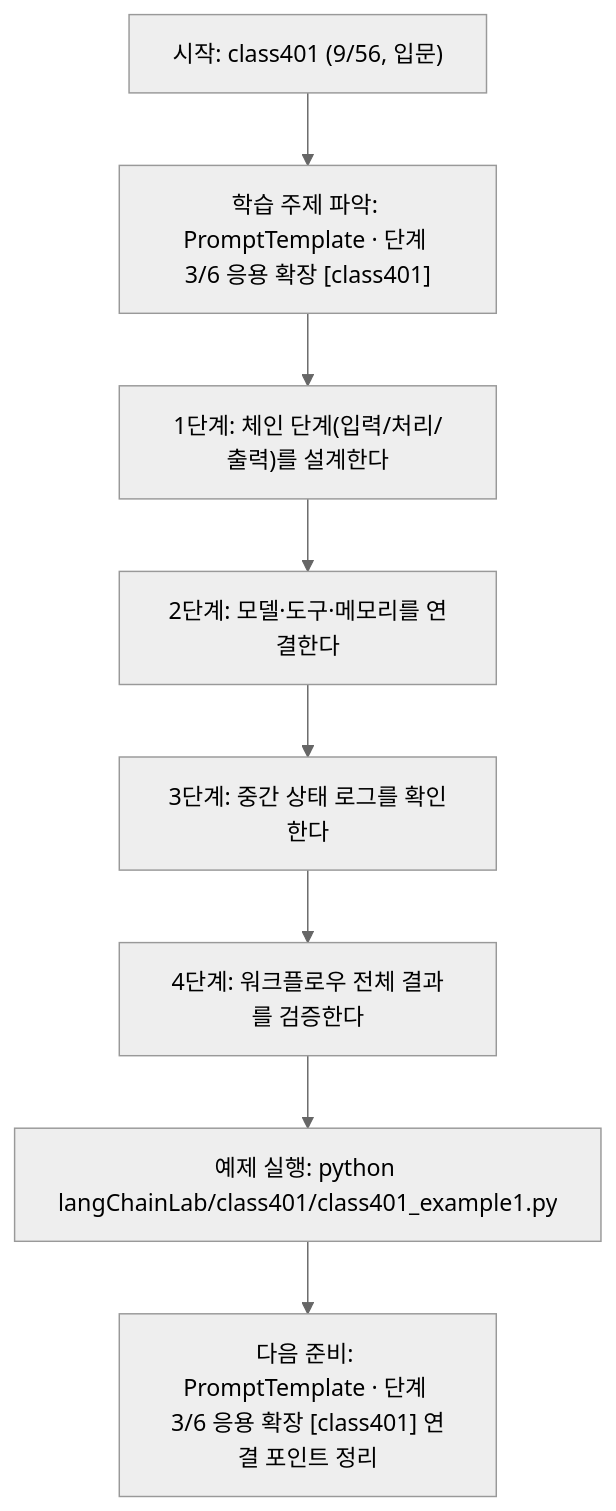
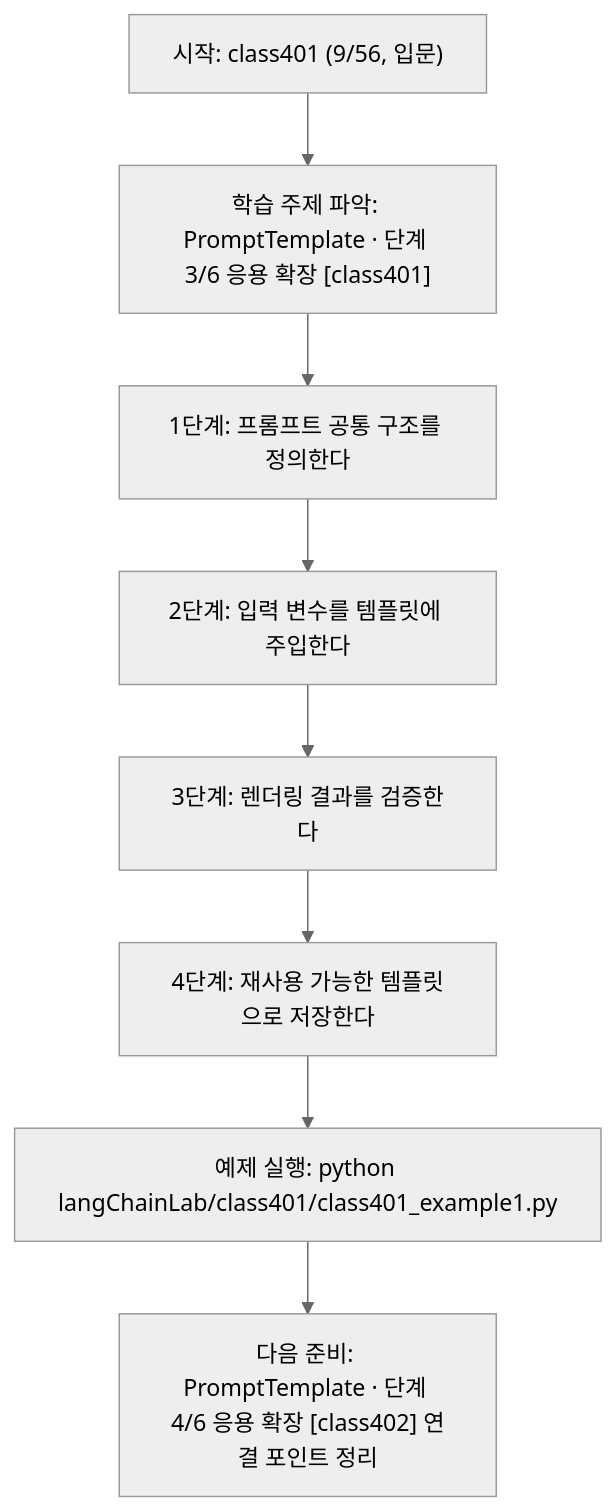
Before and after one commit to edumgt/Python-AI_Agent-Class: the diagram in langChainLab/class401/class401.md, drawn with Mermaid (neutral theme). The commit also changed other lines of this file and 395 other files, not shown here.

````diff
--- a/langChainLab/class401/class401.md
+++ b/langChainLab/class401/class401.md
@@ -108,18 +90,18 @@
 ```mermaid
 flowchart TD
 N1["시작: class401 (9/56, 입문)"]
 N2["학습 주제 파악: PromptTemplate · 단계 3/6 응용 확장 [class401]"]
-N3["1단계: 체인 단계(입력/처리/출력)를 설계한다"]
-N4["2단계: 모델·도구·메모리를 연결한다"]
-N5["3단계: 중간 상태 로그를 확인한다"]
-N6["4단계: 워크플로우 전체 결과를 검증한다"]
+N3["1단계: 프롬프트 공통 구조를 정의한다"]
+N4["2단계: 입력 변수를 템플릿에 주입한다"]
+N5["3단계: 렌더링 결과를 검증한다"]
+N6["4단계: 재사용 가능한 템플릿으로 저장한다"]
 N7["예제 실행: python langChainLab/class401/class401_example1.py"]
-N8["다음 준비: PromptTemplate · 단계 3/6 응용 확장 [class401] 연결 포인트 정리"]
+N8["다음 준비: PromptTemplate · 단계 4/6 응용 확장 [class402] 연결 포인트 정리"]
 N1 --> N2
 N2 --> N3
 N3 --> N4
 N4 --> N5
 N5 --> N6
 N6 --> N7
 N7 --> N8
 ```
````
